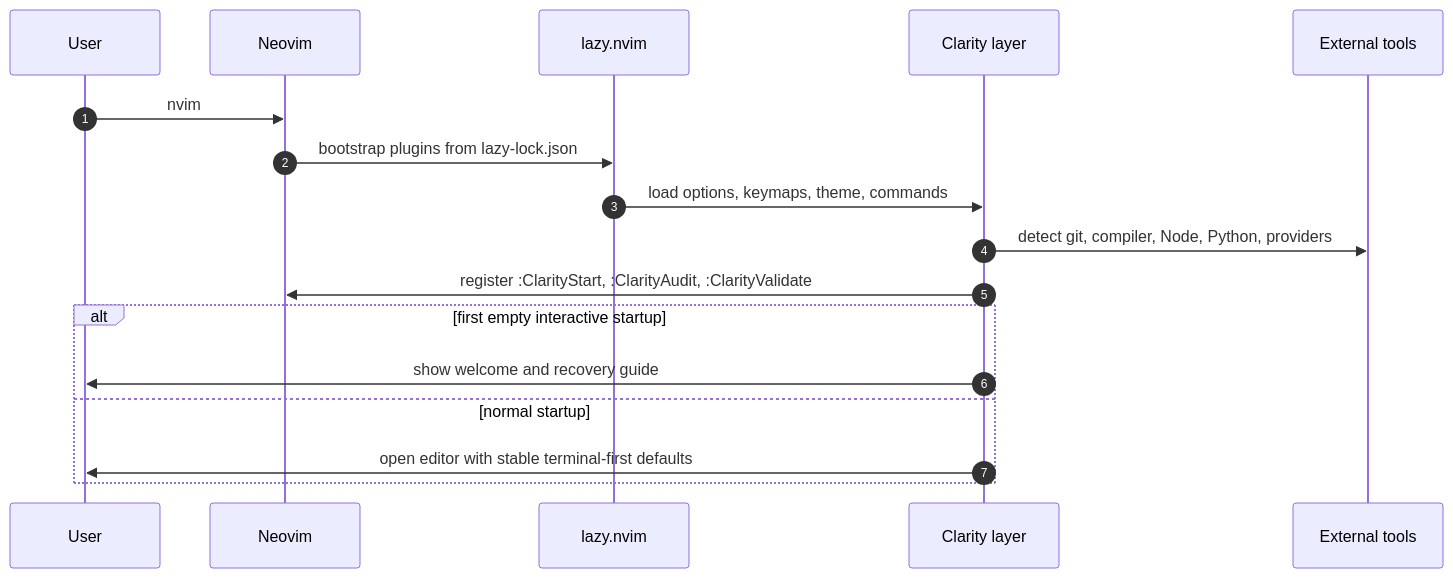
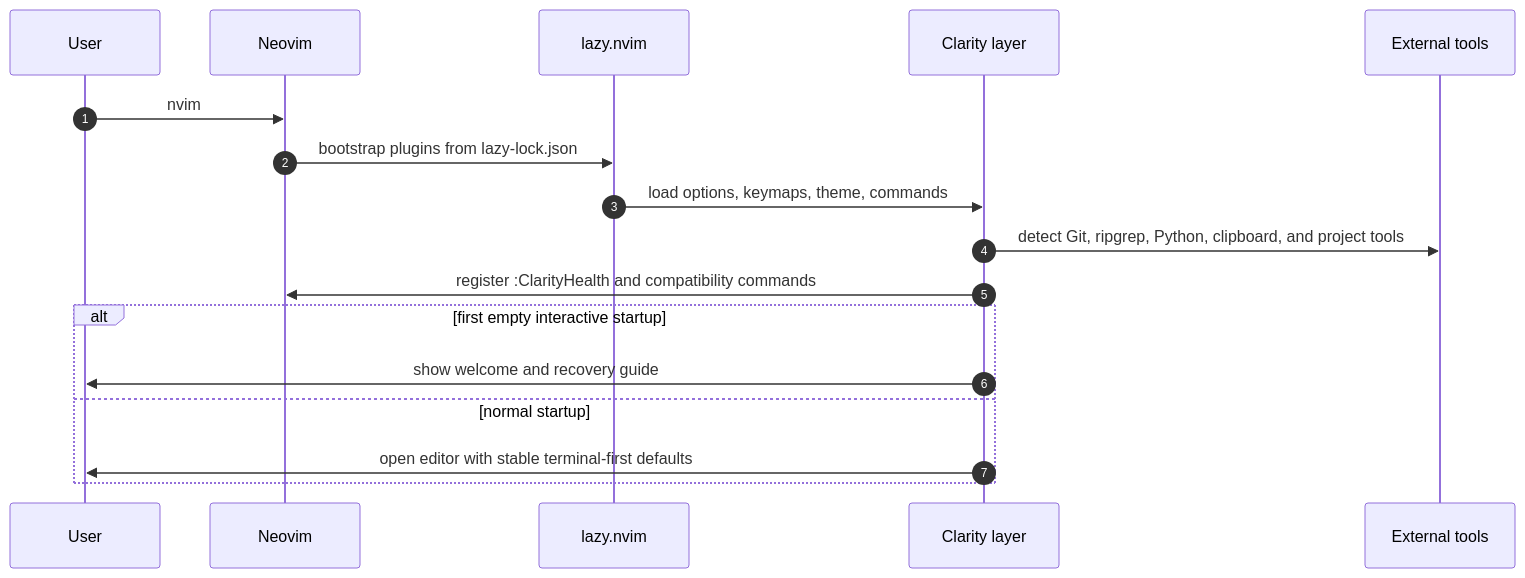
One commit to Nongfsq/clarity_lazyvim changed the second of 3 diagrams in README.md. Above: the diagram before and after it, drawn with Mermaid. The commit also changed other lines of this file and 44 other files, not shown here.

````diff
--- a/README.md
+++ b/README.md
@@ -211,20 +206,20 @@
 ```mermaid
 sequenceDiagram
     autonumber
     participant User
     participant NVIM as Neovim
     participant Lazy as lazy.nvim
     participant Clarity as Clarity layer
     participant Tools as External tools
 
     User->>NVIM: nvim
     NVIM->>Lazy: bootstrap plugins from lazy-lock.json
     Lazy->>Clarity: load options, keymaps, theme, commands
-    Clarity->>Tools: detect git, compiler, Node, Python, providers
-    Clarity->>NVIM: register :ClarityStart, :ClarityAudit, :ClarityValidate
+    Clarity->>Tools: detect Git, ripgrep, Python, clipboard, and project tools
+    Clarity->>NVIM: register :ClarityHealth and compatibility commands
     alt first empty interactive startup
         Clarity->>User: show welcome and recovery guide
     else normal startup
         Clarity->>User: open editor with stable terminal-first defaults
     end
 ```
````
